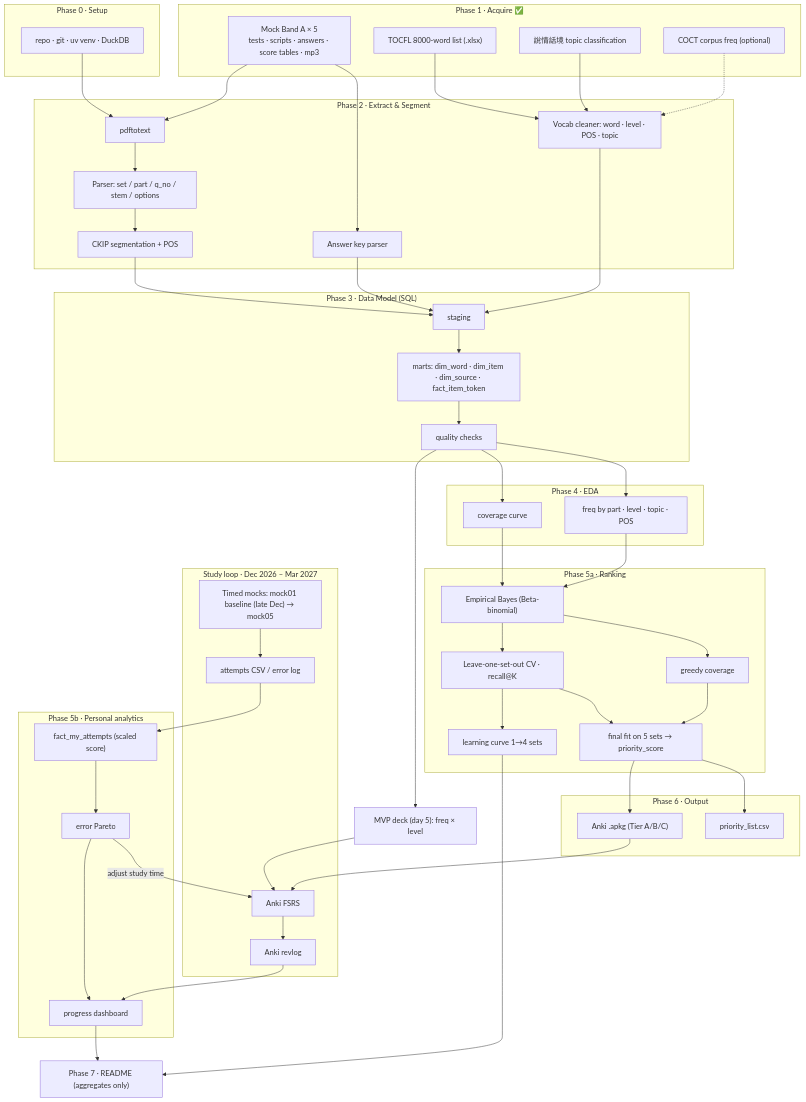
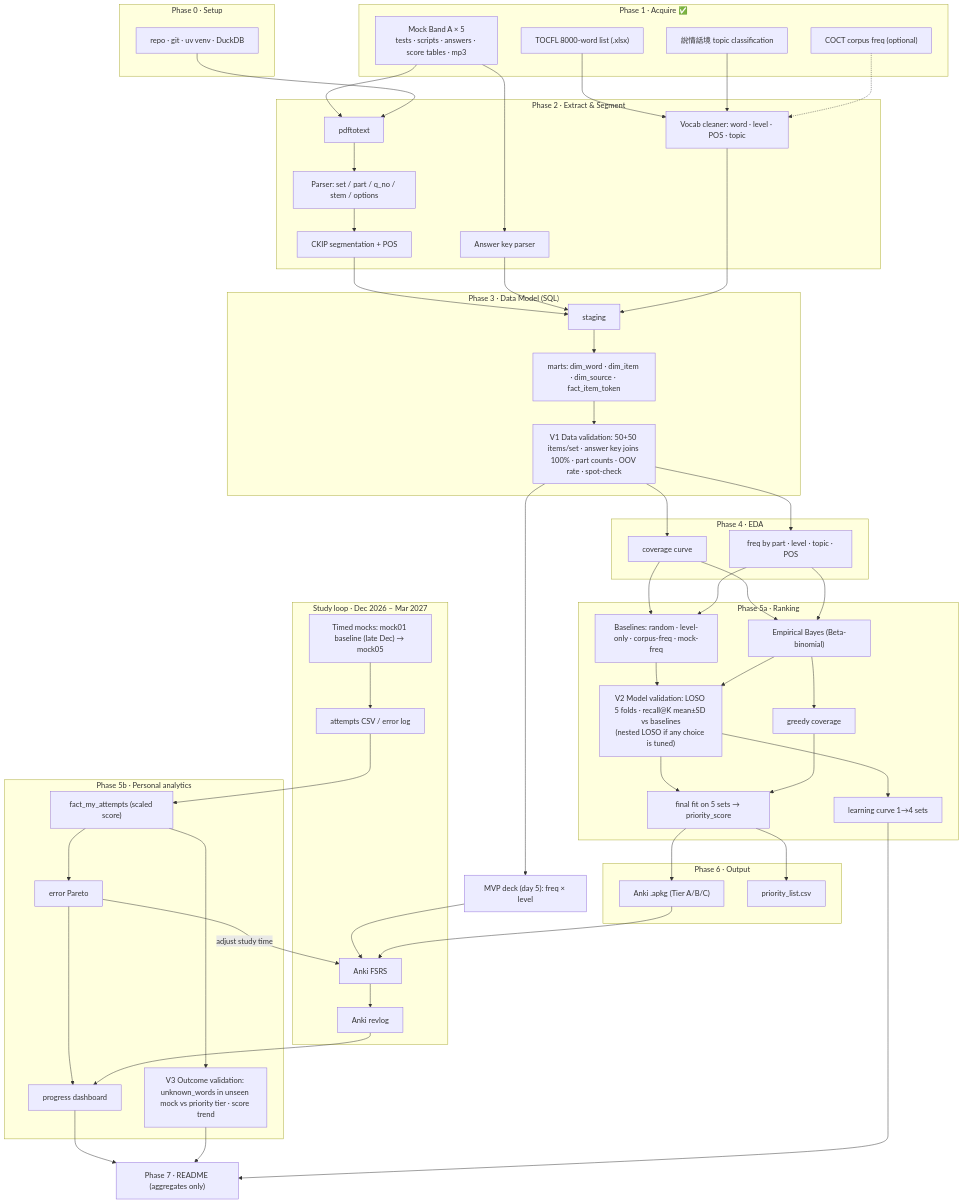
One commit to nanonKit/tocfl-test-prediction-model changed the diagram in docs/workflow.md. Above: the diagram before and after it, drawn with Mermaid. The commit also changed 3 other files, not shown here.

````diff
--- a/docs/workflow.md
+++ b/docs/workflow.md
@@ -3,64 +3,75 @@
 ```mermaid
 flowchart TD
     subgraph P1["Phase 1 · Acquire ✅"]
         A1["Mock Band A × 5<br/>tests · scripts · answers · score tables · mp3"]
         A2["TOCFL 8000-word list (.xlsx)"]
         A3["說情話境 topic classification"]
         A4["COCT corpus freq (optional)"]
     end
     subgraph P0["Phase 0 · Setup"]
         B1["repo · git · uv venv · DuckDB"]
     end
     subgraph P2["Phase 2 · Extract & Segment"]
         C1["pdftotext"] --> C2["Parser: set / part / q_no / stem / options"] --> C3["CKIP segmentation + POS"]
         C4["Answer key parser"]
         C5["Vocab cleaner: word · level · POS · topic"]
     end
     subgraph P3["Phase 3 · Data Model (SQL)"]
-        D1["staging"] --> D2["marts: dim_word · dim_item · dim_source · fact_item_token"] --> D3["quality checks"]
+        D1["staging"] --> D2["marts: dim_word · dim_item · dim_source · fact_item_token"] --> D3["V1 Data validation: 50+50 items/set · answer key joins 100% · part counts · OOV rate · spot-check"]
     end
     MVP["MVP deck (day 5): freq × level"]
     subgraph P4["Phase 4 · EDA"]
         E1["coverage curve"]
         E2["freq by part · level · topic · POS"]
     end
     subgraph P5["Phase 5a · Ranking"]
-        F1["Empirical Bayes (Beta-binomial)"] --> F2["Leave-one-set-out CV · recall@K"] --> F3["learning curve 1→4 sets"]
-        F1 --> F4["greedy coverage"]
-        F2 --> F5["final fit on 5 sets → priority_score"]
+        F0["Baselines: random · level-only · corpus-freq · mock-freq"]
+        F1["Empirical Bayes (Beta-binomial)"]
+        F2["V2 Model validation: LOSO 5 folds · recall@K mean±SD vs baselines<br/>(nested LOSO if any choice is tuned)"]
+        F3["learning curve 1→4 sets"]
+        F4["greedy coverage"]
+        F5["final fit on 5 sets → priority_score"]
+        F0 --> F2
+        F1 --> F2 --> F3
+        F1 --> F4
+        F2 --> F5
         F4 --> F5
     end
     subgraph P6["Phase 6 · Output"]
         G1["Anki .apkg (Tier A/B/C)"]
         G2["priority_list.csv"]
     end
     subgraph STUDY["Study loop · Dec 2026 – Mar 2027"]
         H1["Anki FSRS"] --> H4["Anki revlog"]
         H2["Timed mocks: mock01 baseline (late Dec) → mock05"] --> H3["attempts CSV / error log"]
     end
     subgraph P5B["Phase 5b · Personal analytics"]
         I1["fact_my_attempts (scaled score)"] --> I2["error Pareto"] --> I3["progress dashboard"]
+        I4["V3 Outcome validation: unknown_words in unseen mock vs priority tier · score trend"]
+        I1 --> I4
     end
     J1["Phase 7 · README (aggregates only)"]
 
     A1 --> C1
     A1 --> C4
     A2 --> C5
     A3 --> C5
     A4 -.-> C5
     B1 --> C1
     C3 --> D1
     C4 --> D1
     C5 --> D1
     D3 --> MVP
     D3 --> E1 & E2
     E1 & E2 --> F1
+    E1 & E2 --> F0
     F5 --> G1 & G2
     MVP --> H1
     G1 --> H1
     H3 --> I1
     H4 --> I3
     I2 -->|"adjust study time"| H1
     I3 --> J1
+    I4 --> J1
     F3 --> J1
 ```
````
